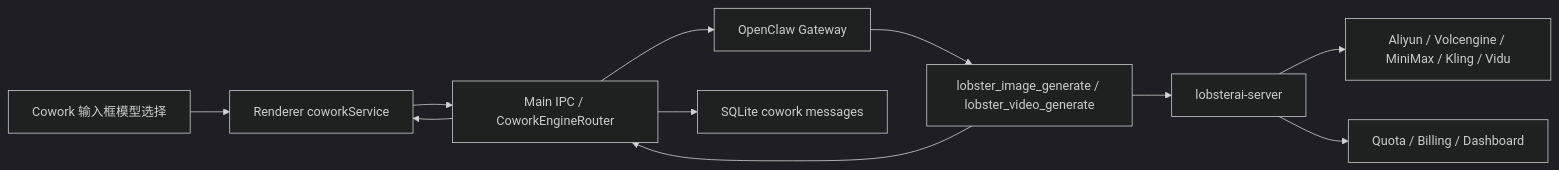
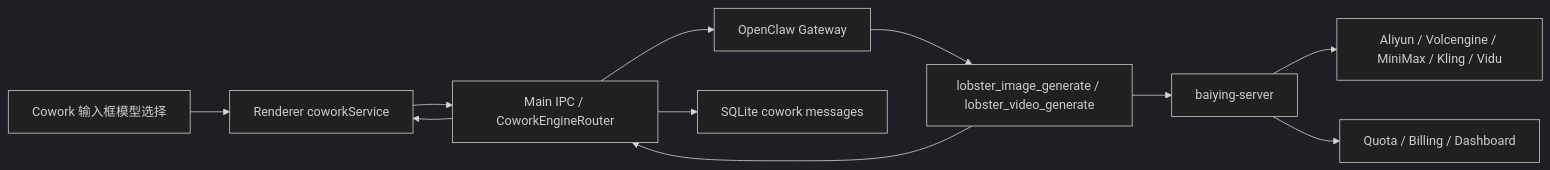
One commit to Kin-10/NEXUS changed the diagram in specs/features/media-generation/2026-05-13-media-generation-design.md. Above: the diagram before and after it, drawn with Mermaid (dark theme). The commit also changed other lines of this file and 548 other files, not shown here.

````diff
--- a/specs/features/media-generation/2026-05-13-media-generation-design.md
+++ b/specs/features/media-generation/2026-05-13-media-generation-design.md
@@ -420,13 +420,13 @@
 ```mermaid
 flowchart LR
   UI["Cowork 输入框模型选择"] --> Renderer["Renderer coworkService"]
   Renderer --> Main["Main IPC / CoworkEngineRouter"]
   Main --> Gateway["OpenClaw Gateway"]
   Gateway --> Tool["lobster_image_generate / lobster_video_generate"]
-  Tool --> Server["lobsterai-server"]
+  Tool --> Server["baiying-server"]
   Server --> Provider["Aliyun / Volcengine / MiniMax / Kling / Vidu"]
   Server --> Billing["Quota / Billing / Dashboard"]
   Tool --> Main
   Main --> Store["SQLite cowork messages"]
   Main --> Renderer
 ```
````
